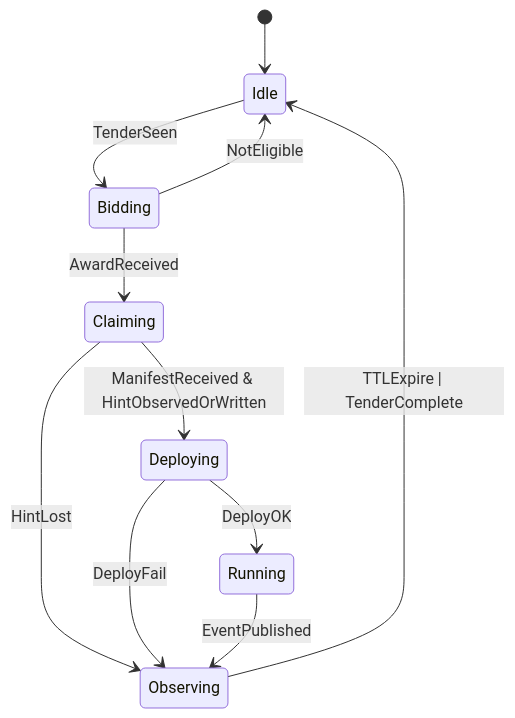
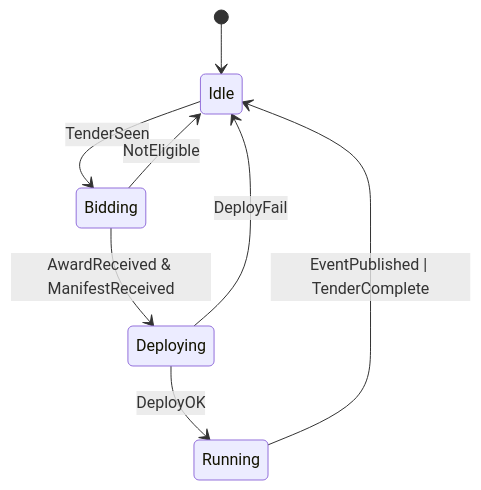
Before and after one commit to beemesh/beemesh: the second of 3 diagrams in machineplane/machineplane-spec.md, drawn with Mermaid. The commit also changed other lines of this file and 11 other files, not shown here.

````diff
--- a/machineplane/machineplane-spec.md
+++ b/machineplane/machineplane-spec.md
@@ -92,13 +87,10 @@
 ```mermaid
 stateDiagram-v2
   [*] --> Idle
   Idle --> Bidding: TenderSeen
   Bidding --> Idle: NotEligible
-  Bidding --> Claiming: AwardReceived
-  Claiming --> Deploying: ManifestReceived & HintObservedOrWritten
-  Claiming --> Observing: HintLost
+  Bidding --> Deploying: AwardReceived & ManifestReceived
   Deploying --> Running: DeployOK
-  Deploying --> Observing: DeployFail
-  Running --> Observing: EventPublished
-  Observing --> Idle: TTLExpire | TenderComplete
+  Deploying --> Idle: DeployFail
+  Running --> Idle: EventPublished | TenderComplete
 ```
````
